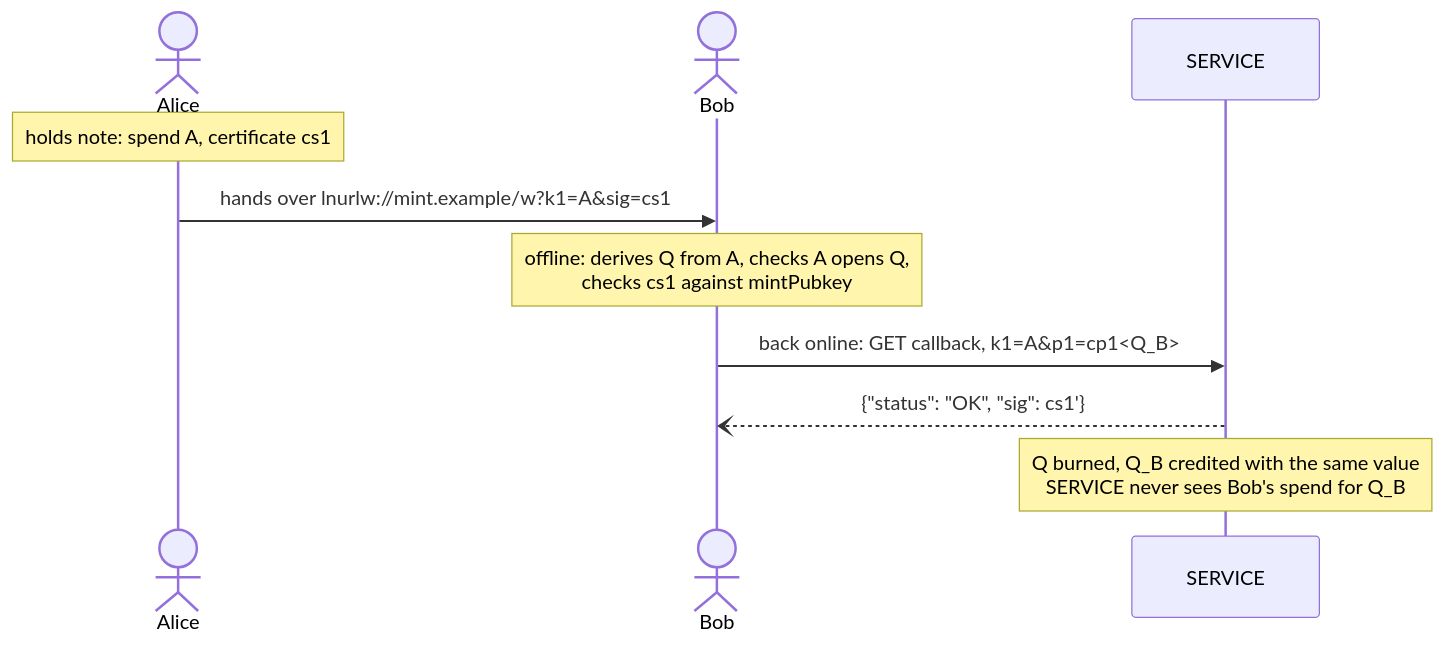
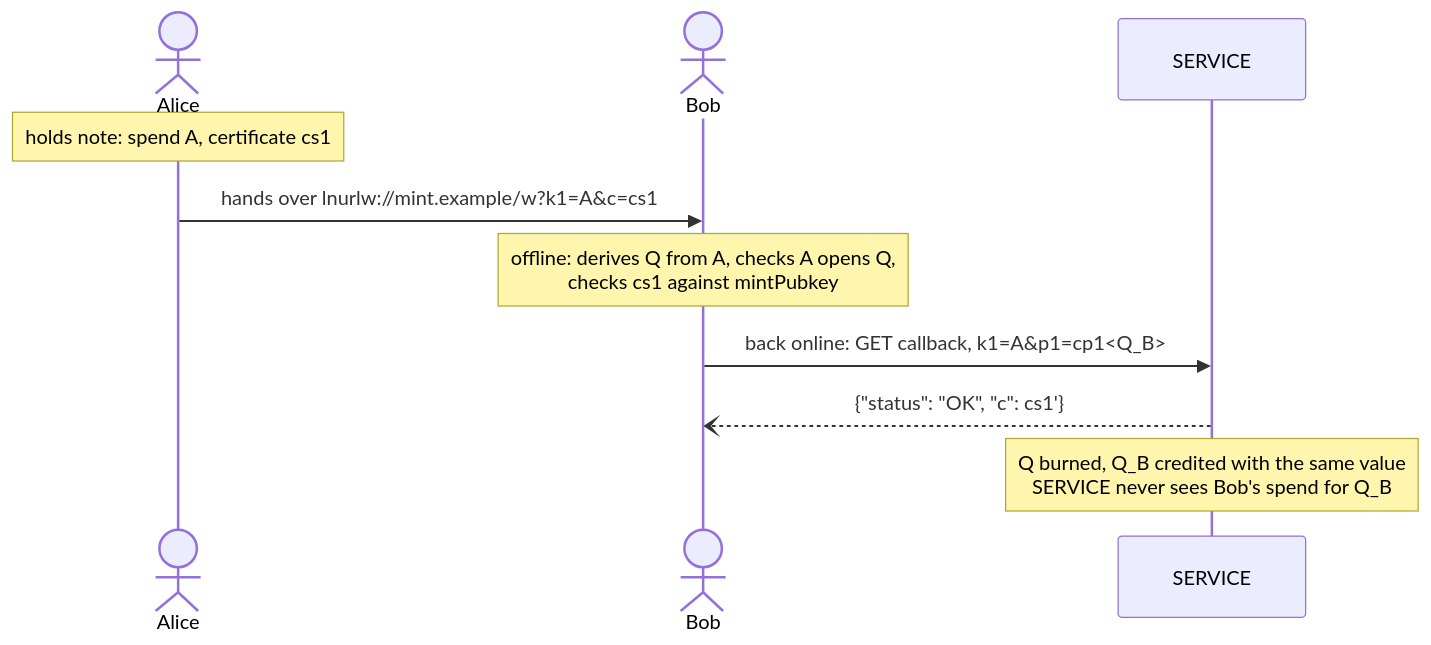
One commit to lnurl/luds changed the second of 3 diagrams in 25.md. Above: the diagram before and after it, drawn with Mermaid. The commit also changed other lines of this file, not shown here.

Commit message:
fix ?sig to ?c

````diff
--- a/25.md
+++ b/25.md
@@ -277,12 +277,12 @@
 ```mermaid
 sequenceDiagram
     actor Alice
     actor Bob
     participant SERVICE
     Note over Alice: holds note: spend A, certificate cs1
-    Alice->>Bob: hands over lnurlw://mint.example/w?k1=A&sig=cs1
+    Alice->>Bob: hands over lnurlw://mint.example/w?k1=A&c=cs1
     Note over Bob: offline: derives Q from A, checks A opens Q,<br/>checks cs1 against mintPubkey
     Bob->>SERVICE: back online: GET callback, k1=A&p1=cp1<Q_B>
-    SERVICE--)Bob: {"status": "OK", "sig": cs1'}
+    SERVICE--)Bob: {"status": "OK", "c": cs1'}
     Note over SERVICE: Q burned, Q_B credited with the same value<br/>SERVICE never sees Bob's spend for Q_B
 ```
````
